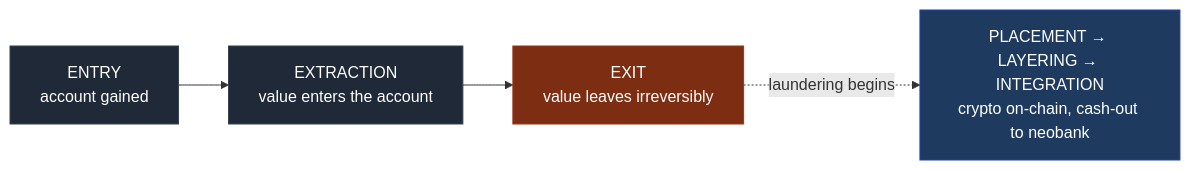
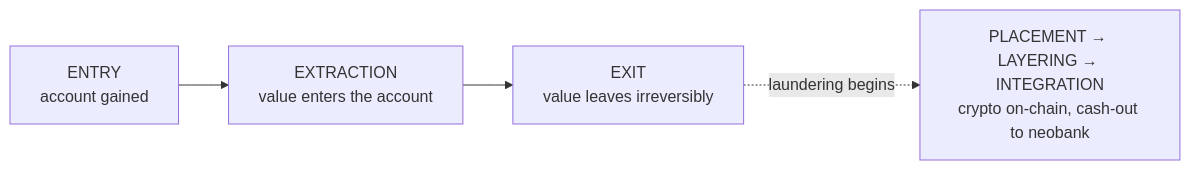
The first of 2 diagrams in content/work/the-fraud-archetypes.mdx (pradhann/np), drawn with Mermaid before and after one commit. The commit also changed other lines of this file and 37 other files, not shown here.

````diff
--- a/content/work/the-fraud-archetypes.mdx
+++ b/content/work/the-fraud-archetypes.mdx
@@ -20,10 +20,5 @@
 ```mermaid
 flowchart LR
     A["ENTRY<br/>account gained"] --> B["EXTRACTION<br/>value enters the account"] --> C["EXIT<br/>value leaves irreversibly"]
     C -. "laundering begins" .-> D["PLACEMENT → LAYERING → INTEGRATION<br/>crypto on-chain, cash-out to neobank"]
-
-    style A fill:#1f2937,stroke:#374151,color:#fff
-    style B fill:#1f2937,stroke:#374151,color:#fff
-    style C fill:#7c2d12,stroke:#9a3412,color:#fff
-    style D fill:#1e3a5f,stroke:#1e40af,color:#fff
 ```
````
